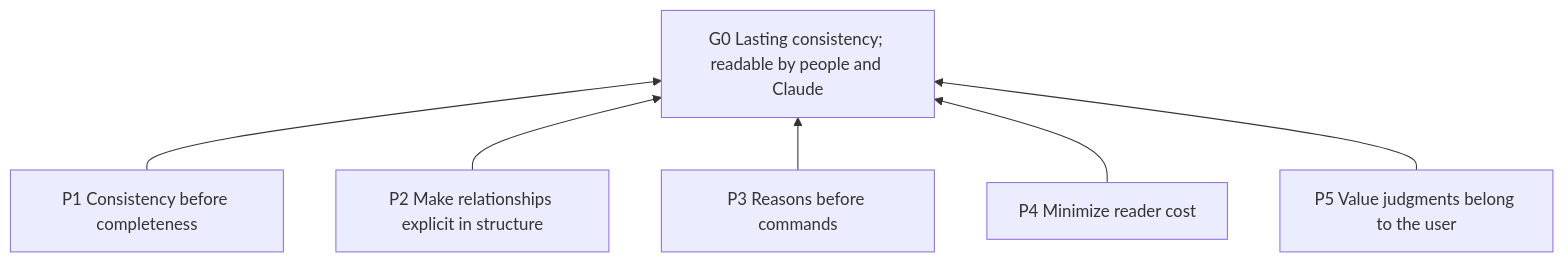
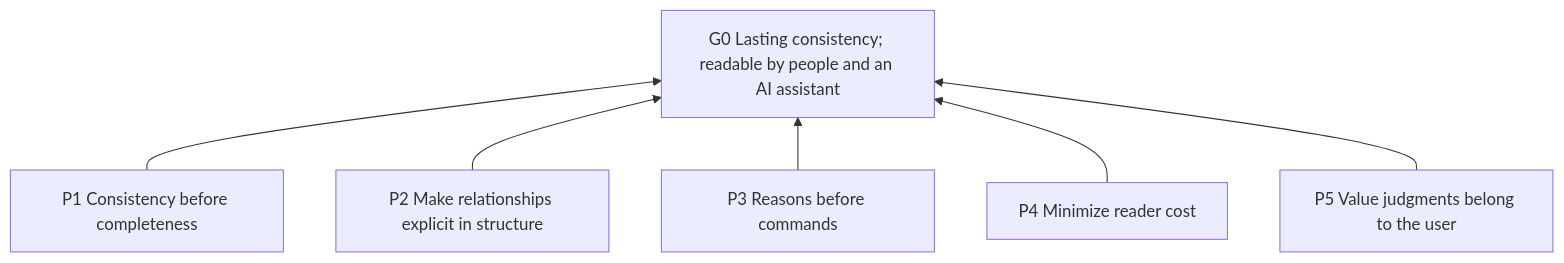
One commit to jmaxzh/solo-vibe-coding changed the first of 6 diagrams in skills/instruction-doc-architect/SKILL.md. Above: the diagram before and after it, drawn with Mermaid. The commit also changed other lines of this file and 1 other file, not shown here.

````diff
--- a/skills/instruction-doc-architect/SKILL.md
+++ b/skills/instruction-doc-architect/SKILL.md
@@ -17,8 +17,8 @@
 ```mermaid
 flowchart BT
-    P1["P1 Consistency before completeness"] --> G0["G0 Lasting consistency; readable by people and Claude"]
+    P1["P1 Consistency before completeness"] --> G0["G0 Lasting consistency; readable by people and an AI assistant"]
     P2["P2 Make relationships explicit in structure"] --> G0
     P3["P3 Reasons before commands"] --> G0
     P4["P4 Minimize reader cost"] --> G0
     P5["P5 Value judgments belong to the user"] --> G0
 ```
````
